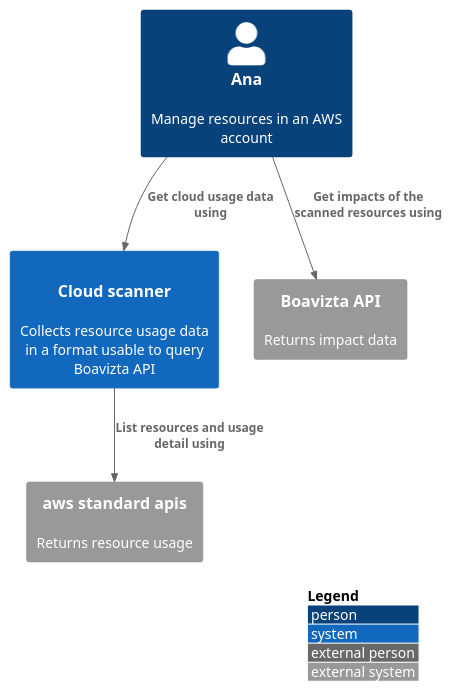
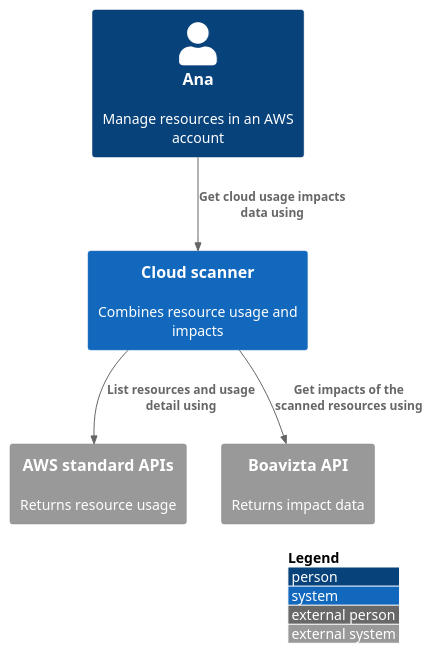
One commit to Boavizta/cloud-scanner changed the diagram in docs/cloud-scanner-system-in-context.puml. Above: the diagram before and after it, drawn with PlantUML. The commit also changed 2 other files, not shown here.

Commit message:
docs: update diagram

```diff
--- a/docs/cloud-scanner-system-in-context.puml
+++ b/docs/cloud-scanner-system-in-context.puml
@@ -1,23 +1,20 @@
 @startuml
 !include https://raw.githubusercontent.com/plantuml-stdlib/C4-PlantUML/master/C4_Context.puml
 
 
 
 LAYOUT_WITH_LEGEND()
 
 Person(ana, "Ana", "Manage resources in an AWS account")
 
 
-System(cloudscanner, "Cloud scanner", "Collects resource usage data in a format usable to query Boavizta API", "a")
+System(cloudscanner, "Cloud scanner", "Combines resource usage and impacts")
 
+System_Ext(aws, "AWS standard APIs", "Returns resource usage")
 System_Ext(boaviztaapi, "Boavizta API", "Returns impact data")
-System_Ext(aws, "aws standard apis", "Returns resource usage")
 
-
-Rel(ana, cloudscanner, "Get cloud usage data using")
-Rel(ana, boaviztaapi, "Get impacts of the scanned resources using")
-Rel(cloudscanner,aws, "List resources and usage detail using")
-
-
+Rel(ana, cloudscanner, "Get cloud usage impacts data using")
+Rel(cloudscanner, aws, "List resources and usage detail using")
+Rel(cloudscanner, boaviztaapi, "Get impacts of the scanned resources using")
 
 @enduml
```
